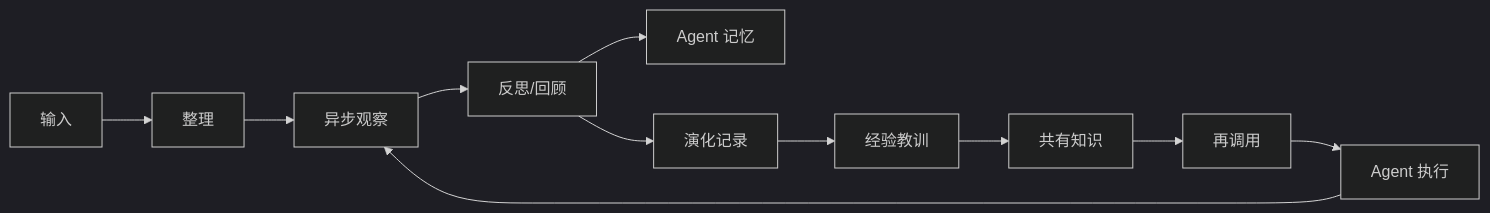
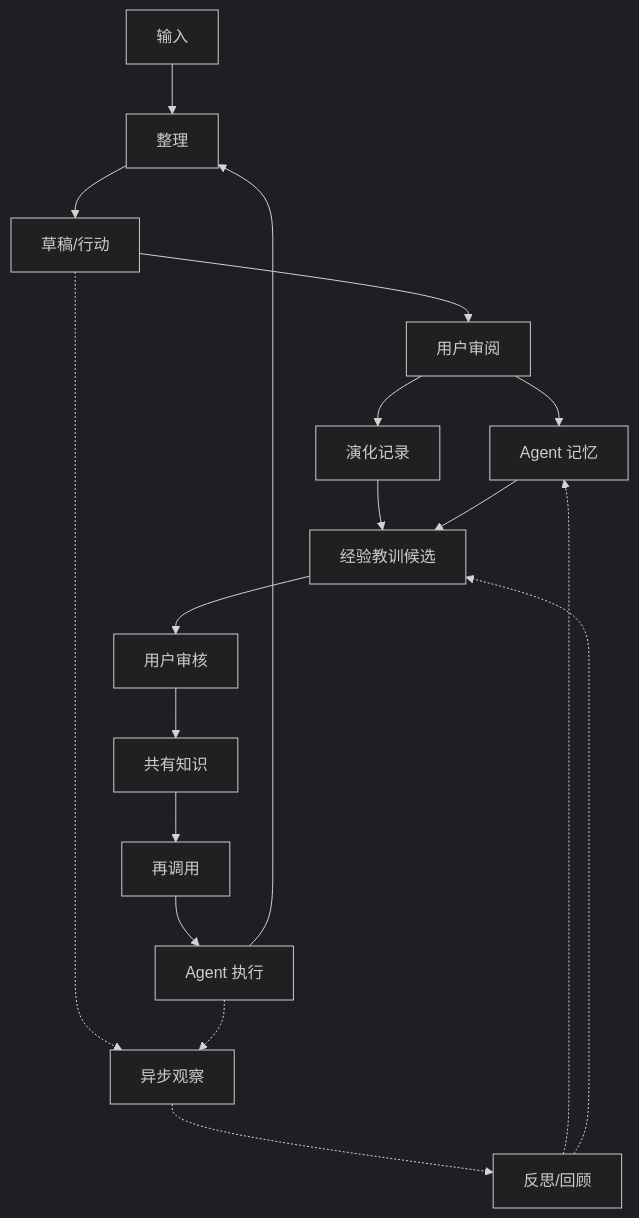
The diagram in docs/blueprint.md (zhuxining/MindClaw), drawn with Mermaid (dark theme) before and after one commit. The commit also changed other lines of this file and 8 other files, not shown here.

Commit message:
Refine PRD for memory and evolution flow

````diff
--- a/docs/blueprint.md
+++ b/docs/blueprint.md
@@ -282,13 +358,21 @@
 ```mermaid
-flowchart LR
+flowchart TD
     I[输入] --> O[整理]
-    O --> A[异步观察]
-    A --> R[反思/回顾]
-    R --> M[Agent 记忆]
-    R --> T[演化记录]
-    T --> L[经验教训]
-    L --> K[共有知识]
+    O --> W[草稿/行动]
+    W --> H[用户审阅]
+    H --> M[Agent 记忆]
+    H --> T[演化记录]
+    T --> L[经验教训候选]
+    M --> L
+    L --> D[用户审核]
+    D --> K[共有知识]
     K --> U[再调用]
     U --> E[Agent 执行]
-    E --> A
+    E --> O
+
+    W -.-> A[异步观察]
+    E -.-> A
+    A -.-> R[反思/回顾]
+    R -.-> M
+    R -.-> L
 ```
````
